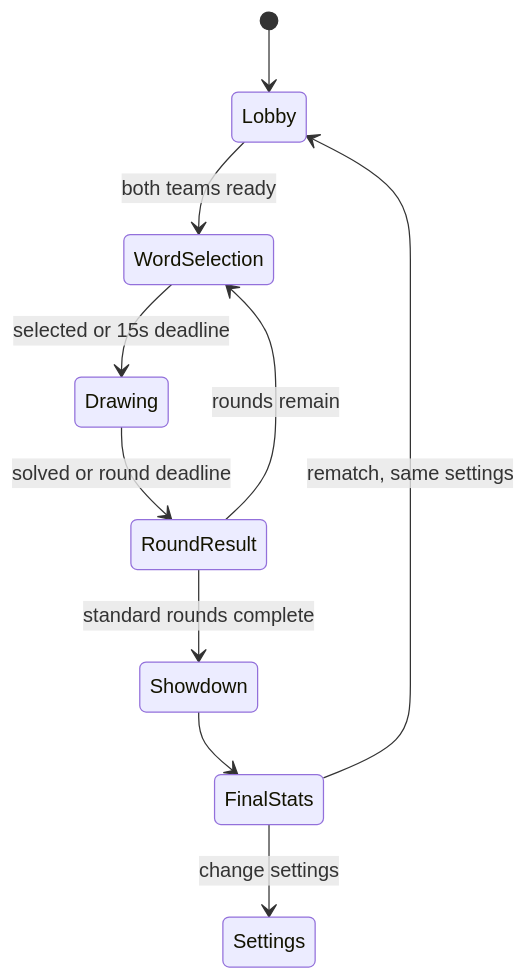
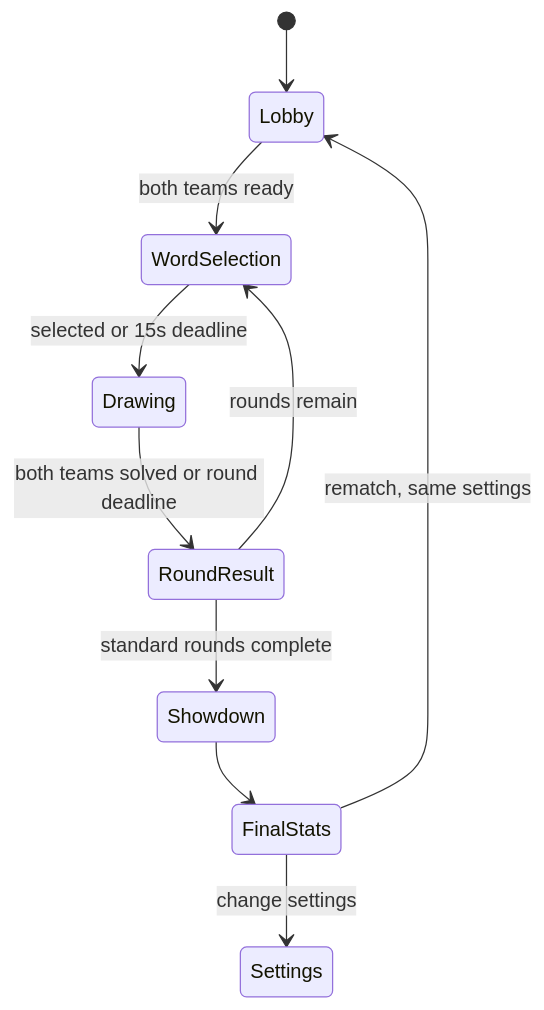
Before and after one commit to zhangori000/drawing-games: the diagram in docs/product/dual-draw.md, drawn with Mermaid. The commit also changed other lines of this file and 8 other files, not shown here.

````diff
--- a/docs/product/dual-draw.md
+++ b/docs/product/dual-draw.md
@@ -29,12 +29,12 @@
 ```mermaid
 stateDiagram-v2
   [*] --> Lobby
   Lobby --> WordSelection: both teams ready
   WordSelection --> Drawing: selected or 15s deadline
-  Drawing --> RoundResult: solved or round deadline
+  Drawing --> RoundResult: both teams solved or round deadline
   RoundResult --> WordSelection: rounds remain
   RoundResult --> Showdown: standard rounds complete
   Showdown --> FinalStats
   FinalStats --> Lobby: rematch, same settings
   FinalStats --> Settings: change settings
 ```
````
